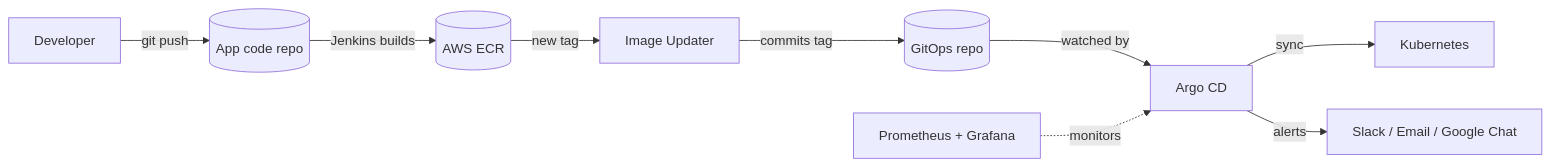
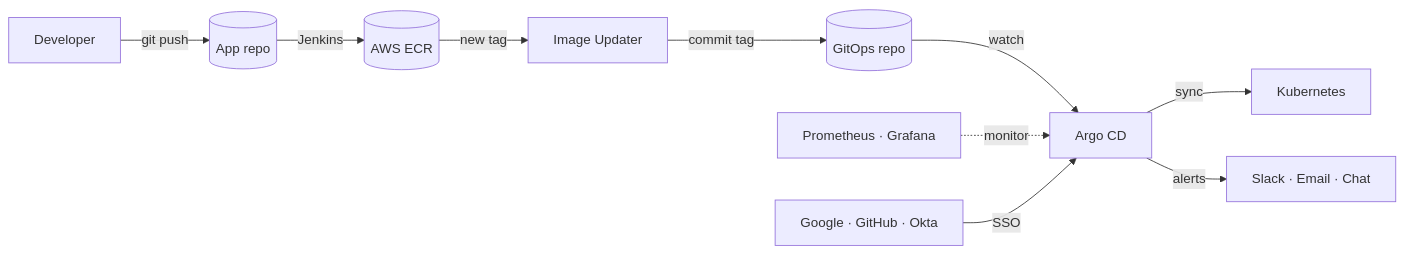
One commit to Srihariops/argocd-gitops-complete changed the diagram in README.md. Above: the diagram before and after it, drawn with Mermaid. The commit also changed other lines of this file and 206 other files, not shown here.

````diff
--- a/README.md
+++ b/README.md
@@ -10,11 +7,9 @@
 ```mermaid
 flowchart LR
-  Dev[Developer] -->|git push| Code[(App code repo)]
-  Code -->|Jenkins builds| ECR[(AWS ECR)]
-  ECR -->|new tag| IU[Image Updater]
-  IU -->|commits tag| Git[(GitOps repo)]
-  Git -->|watched by| Argo[Argo CD]
-  Argo -->|sync| K8s[Kubernetes]
-  Argo -->|alerts| Chat[Slack / Email / Google Chat]
-  Prom[Prometheus + Grafana] -.monitors.-> Argo
+  Dev[Developer] -->|git push| Code[(App repo)] -->|Jenkins| ECR[(AWS ECR)]
+  ECR -->|new tag| IU[Image Updater] -->|commit tag| Git[(GitOps repo)]
+  Git -->|watch| Argo[Argo CD] -->|sync| K8s[Kubernetes]
+  Argo -->|alerts| Chat[Slack · Email · Chat]
+  Prom[Prometheus · Grafana] -.monitor.-> Argo
+  IdP[Google · GitHub · Okta] -->|SSO| Argo
 ```
````
